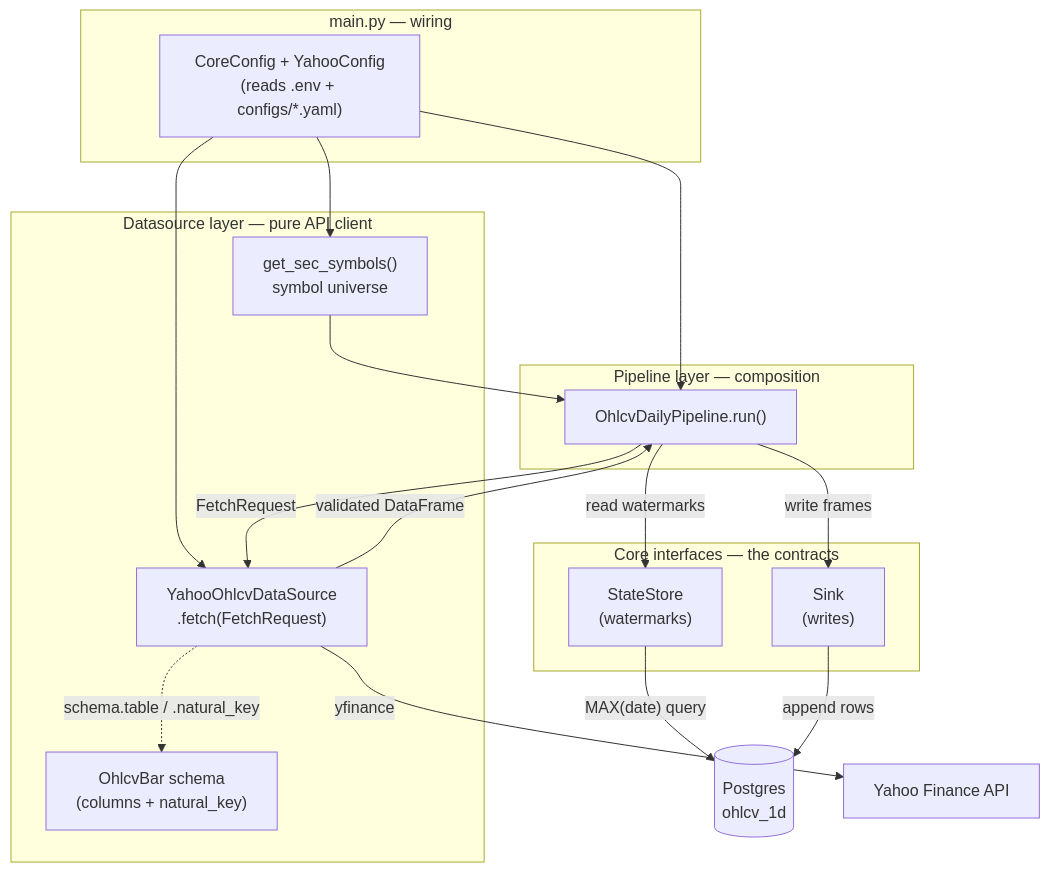
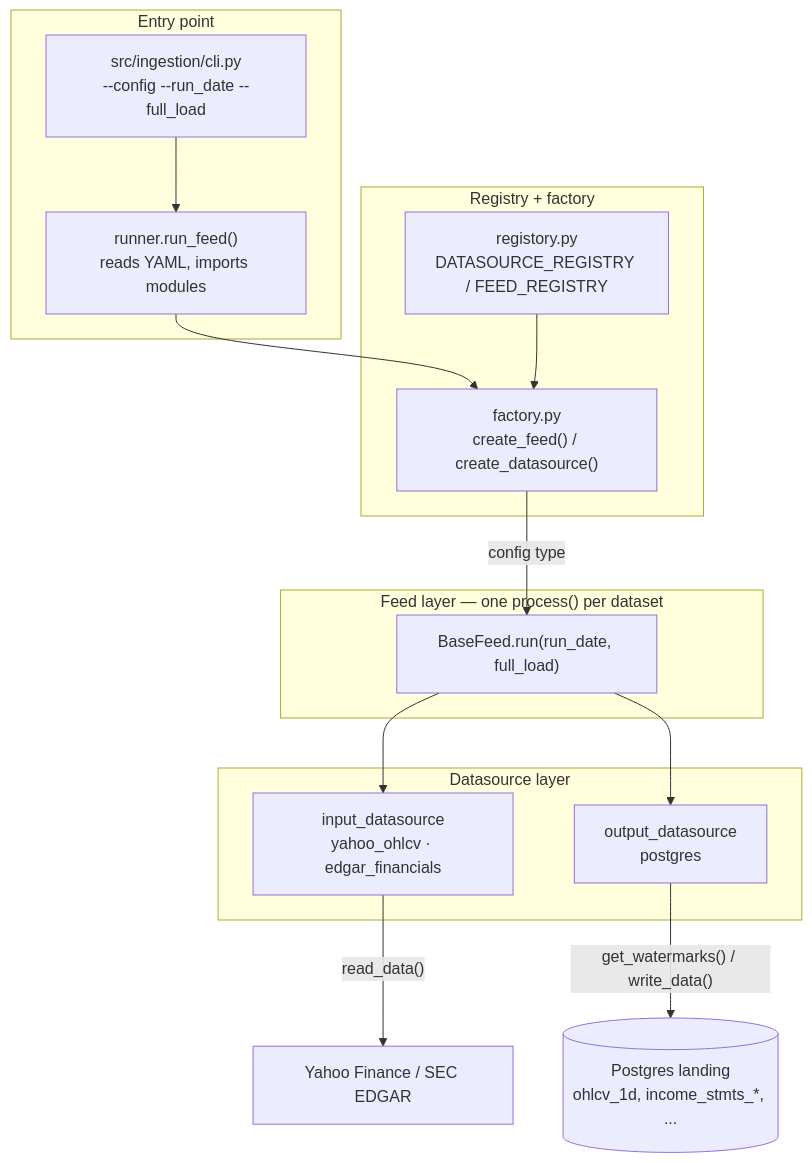
Before and after one commit to Analyst-Ninja/aurum: the first of 2 diagrams in docs/datasource-framework.md, drawn with Mermaid. The commit also changed other lines of this file and 13 other files, not shown here.

````diff
--- a/docs/datasource-framework.md
+++ b/docs/datasource-framework.md
@@ -26,36 +25,32 @@
 ```mermaid
 flowchart TB
-    subgraph entry [main.py — wiring]
-        CFG["CoreConfig + YahooConfig<br/>(reads .env + configs/*.yaml)"]
+    subgraph entry ["Entry point"]
+        CLI["src/ingestion/cli.py<br/>--config --run_date --full_load"]
+        RUN["runner.run_feed()<br/>reads YAML, imports modules"]
     end
 
-    subgraph datasource [Datasource layer — pure API client]
-        SYM["get_sec_symbols()<br/>symbol universe"]
-        DS["YahooOhlcvDataSource<br/>.fetch(FetchRequest)"]
-        SCH["OhlcvBar schema<br/>(columns + natural_key)"]
+    subgraph reg ["Registry + factory"]
+        REGY["registory.py<br/>DATASOURCE_REGISTRY / FEED_REGISTRY"]
+        FAC["factory.py<br/>create_feed() / create_datasource()"]
     end
 
-    subgraph pipeline [Pipeline layer — composition]
-        PIPE["OhlcvDailyPipeline.run()"]
+    subgraph feeds ["Feed layer — one process() per dataset"]
+        FEED["BaseFeed.run(run_date, full_load)"]
     end
 
-    subgraph core [Core interfaces — the contracts]
-        STATE["StateStore<br/>(watermarks)"]
-        SINK["Sink<br/>(writes)"]
+    subgraph ds ["Datasource layer"]
+        IN["input_datasource<br/>yahoo_ohlcv · edgar_financials"]
+        OUT["output_datasource<br/>postgres"]
     end
 
-    PG[("Postgres<br/>ohlcv_1d")]
-    YF["Yahoo Finance API"]
+    API["Yahoo Finance / SEC EDGAR"]
+    PG[("Postgres landing<br/>ohlcv_1d, income_stmts_*, ...")]
 
-    CFG --> SYM --> PIPE
-    CFG --> DS
-    CFG --> PIPE
-    PIPE -->|"FetchRequest"| DS
-    DS -->|"yfinance"| YF
-    DS -->|"validated DataFrame"| PIPE
-    DS -.->|"schema.table / .natural_key"| SCH
-    PIPE -->|"read watermarks"| STATE
-    PIPE -->|"write frames"| SINK
-    STATE -->|"MAX(date) query"| PG
-    SINK -->|"append rows"| PG
+    CLI --> RUN --> FAC
+    REGY --> FAC
+    FAC -->|"config type"| FEED
+    FEED --> IN
+    FEED --> OUT
+    IN -->|"read_data()"| API
+    OUT -->|"get_watermarks() / write_data()"| PG
 ```
````
